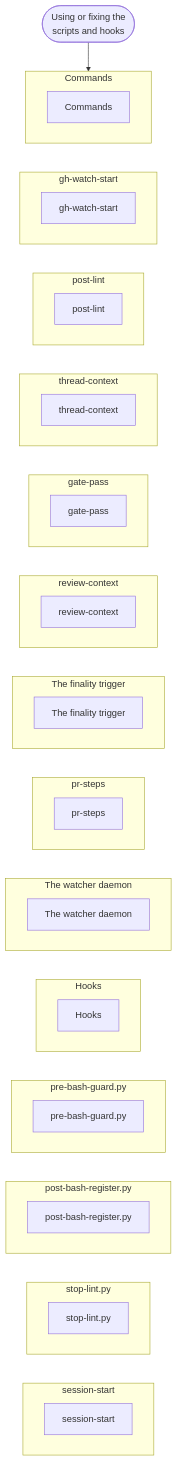
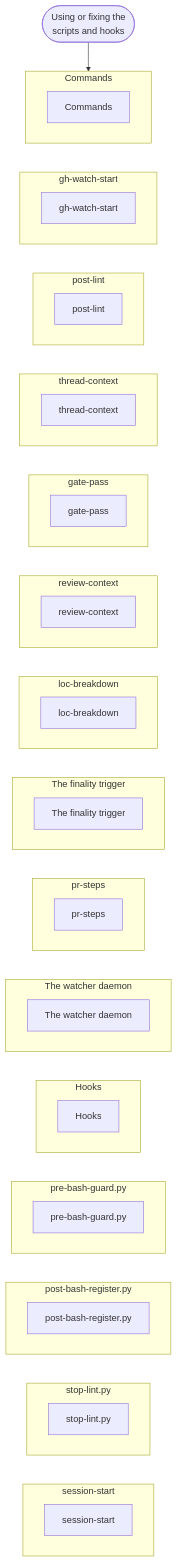
Before and after one commit to nitedani/mergeworthy: diagram 17 of 17 in docs/graphs.md, drawn with Mermaid. The commit also changed other lines of this file and 6 other files, not shown here.

First line of the commit message:
feat: loc-breakdown maps a PR's changed lines to features, with the rule to carry it

````diff
--- a/docs/graphs.md
+++ b/docs/graphs.md
@@ -474,60 +475,64 @@
 ```mermaid
 flowchart TB
   start(["Using or fixing the<br/>scripts and hooks"])
   subgraph g0["Commands"]
     s0["Commands"]
   end
   subgraph g1["gh-watch-start"]
     s1["gh-watch-start"]
   end
   subgraph g2["post-lint"]
     s2["post-lint"]
   end
   subgraph g3["thread-context"]
     s3["thread-context"]
   end
   subgraph g4["gate-pass"]
     s4["gate-pass"]
   end
   subgraph g5["review-context"]
     s5["review-context"]
   end
-  subgraph g6["The finality trigger"]
-    s6["The finality trigger"]
+  subgraph g6["loc-breakdown"]
+    s6["loc-breakdown"]
   end
-  subgraph g7["pr-steps"]
-    s7["pr-steps"]
+  subgraph g7["The finality trigger"]
+    s7["The finality trigger"]
   end
-  subgraph g8["The watcher daemon"]
-    s8["The watcher daemon"]
+  subgraph g8["pr-steps"]
+    s8["pr-steps"]
   end
-  subgraph g9["Hooks"]
-    s9["Hooks"]
+  subgraph g9["The watcher daemon"]
+    s9["The watcher daemon"]
   end
-  subgraph g10["pre-bash-guard.py"]
-    s10["pre-bash-guard.py"]
+  subgraph g10["Hooks"]
+    s10["Hooks"]
   end
-  subgraph g11["post-bash-register.py"]
-    s11["post-bash-register.py"]
+  subgraph g11["pre-bash-guard.py"]
+    s11["pre-bash-guard.py"]
   end
-  subgraph g12["stop-lint.py"]
-    s12["stop-lint.py"]
+  subgraph g12["post-bash-register.py"]
+    s12["post-bash-register.py"]
   end
-  subgraph g13["session-start"]
-    s13["session-start"]
+  subgraph g13["stop-lint.py"]
+    s13["stop-lint.py"]
+  end
+  subgraph g14["session-start"]
+    s14["session-start"]
   end
   start --> g0
   g0 ~~~ g1
   g1 ~~~ g2
   g2 ~~~ g3
   g3 ~~~ g4
   g4 ~~~ g5
   g5 ~~~ g6
   g6 ~~~ g7
   g7 ~~~ g8
   g8 ~~~ g9
   g9 ~~~ g10
   g10 ~~~ g11
   g11 ~~~ g12
   g12 ~~~ g13
+  g13 ~~~ g14
 ```
````
